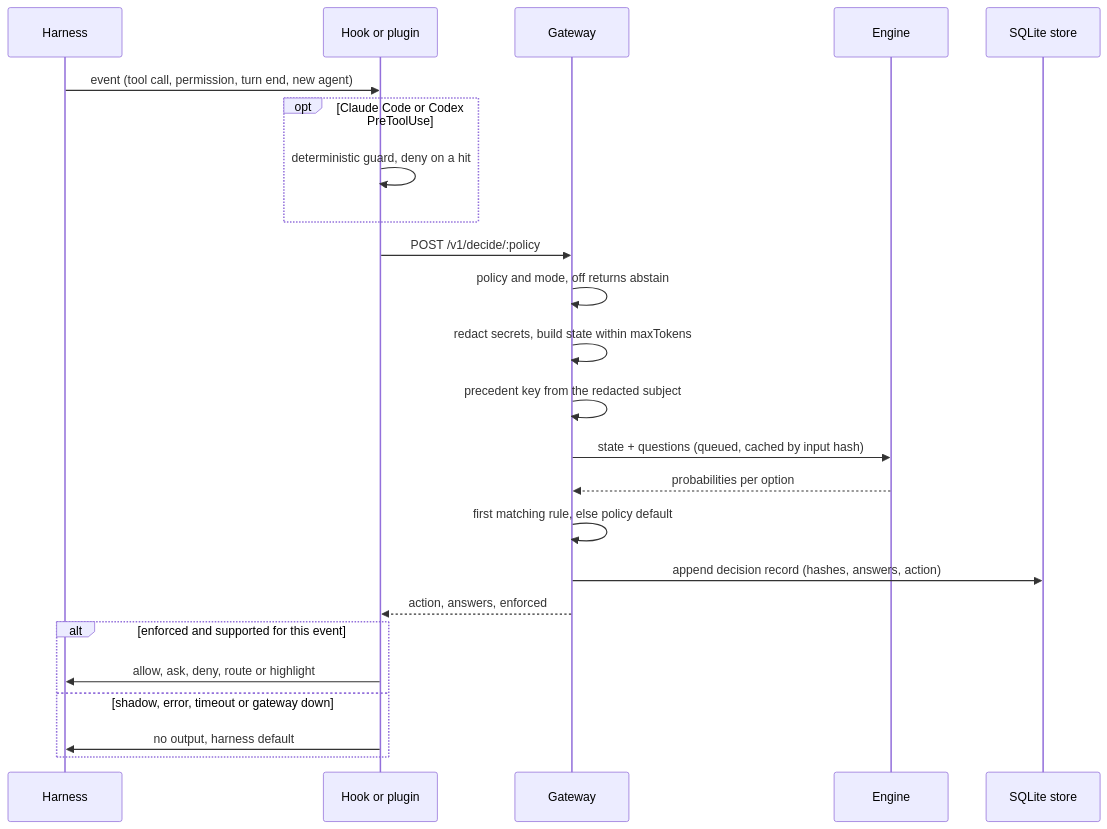
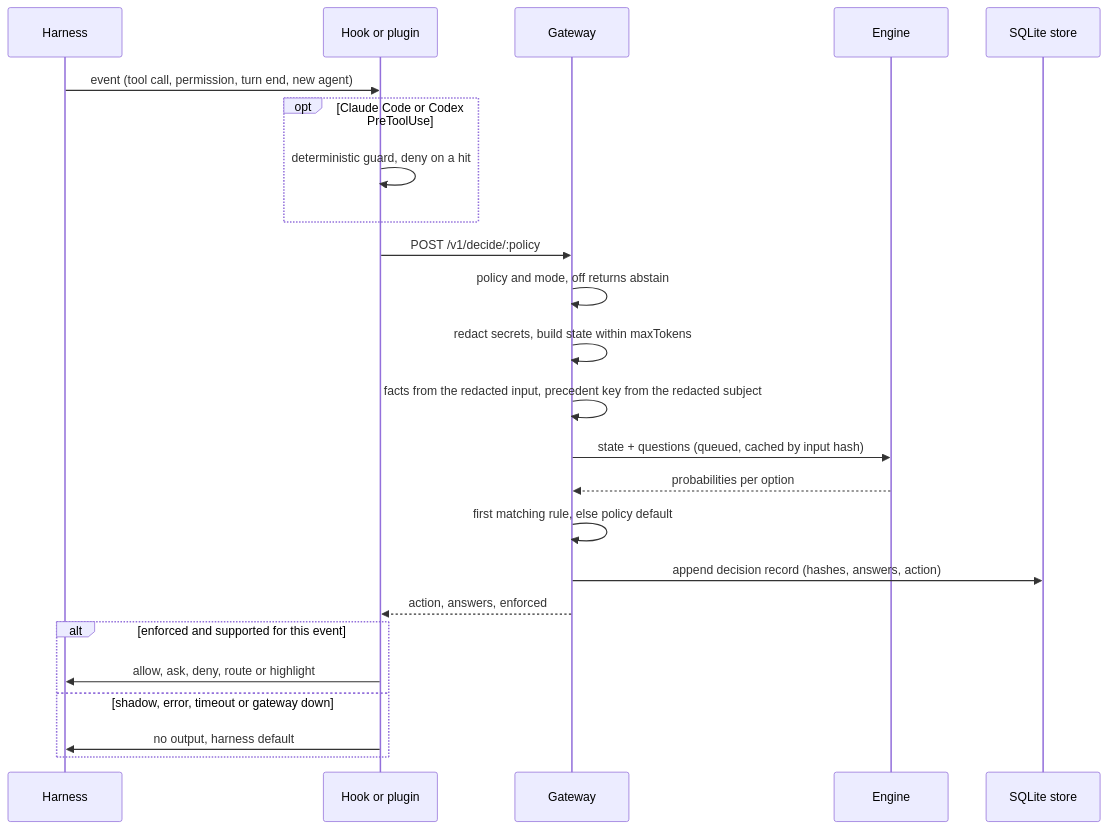
Before and after one commit to ziptie-soft/local-decider: the second of 4 diagrams in docs/architecture.md, drawn with Mermaid. The commit also changed other lines of this file and 2 other files, not shown here.

Commit message:
docs: record the Q3 outcome, the Q4 allow-sweep handoff and the facts section

````diff
--- a/docs/architecture.md
+++ b/docs/architecture.md
@@ -56,26 +56,26 @@
 ```mermaid
 sequenceDiagram
   participant H as Harness
   participant A as Hook or plugin
   participant G as Gateway
   participant E as Engine
   participant L as SQLite store
   H->>A: event (tool call, permission, turn end, new agent)
   opt Claude Code or Codex PreToolUse
     A->>A: deterministic guard, deny on a hit
   end
   A->>G: POST /v1/decide/:policy
   G->>G: policy and mode, off returns abstain
   G->>G: redact secrets, build state within maxTokens
-  G->>G: precedent key from the redacted subject
+  G->>G: facts from the redacted input, precedent key from the redacted subject
   G->>E: state + questions (queued, cached by input hash)
   E-->>G: probabilities per option
   G->>G: first matching rule, else policy default
   G->>L: append decision record (hashes, answers, action)
   G-->>A: action, answers, enforced
   alt enforced and supported for this event
     A->>H: allow, ask, deny, route or highlight
   else shadow, error, timeout or gateway down
     A->>H: no output, harness default
   end
 ```
````
